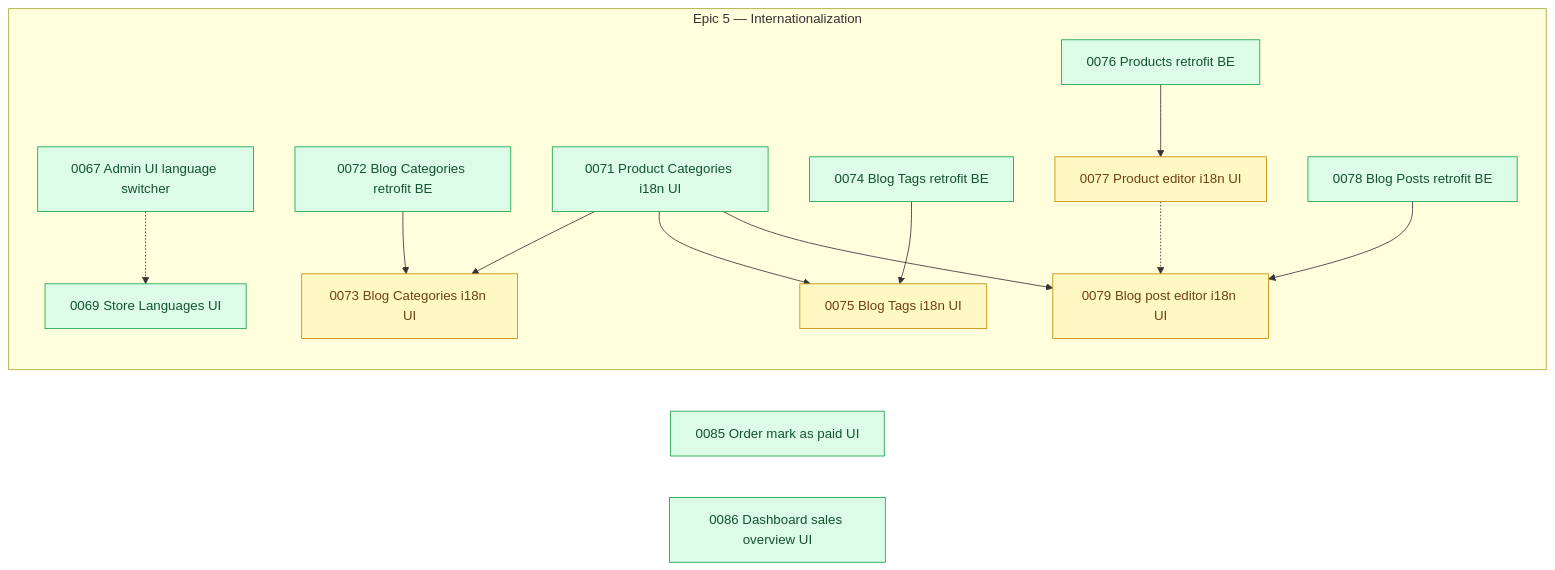
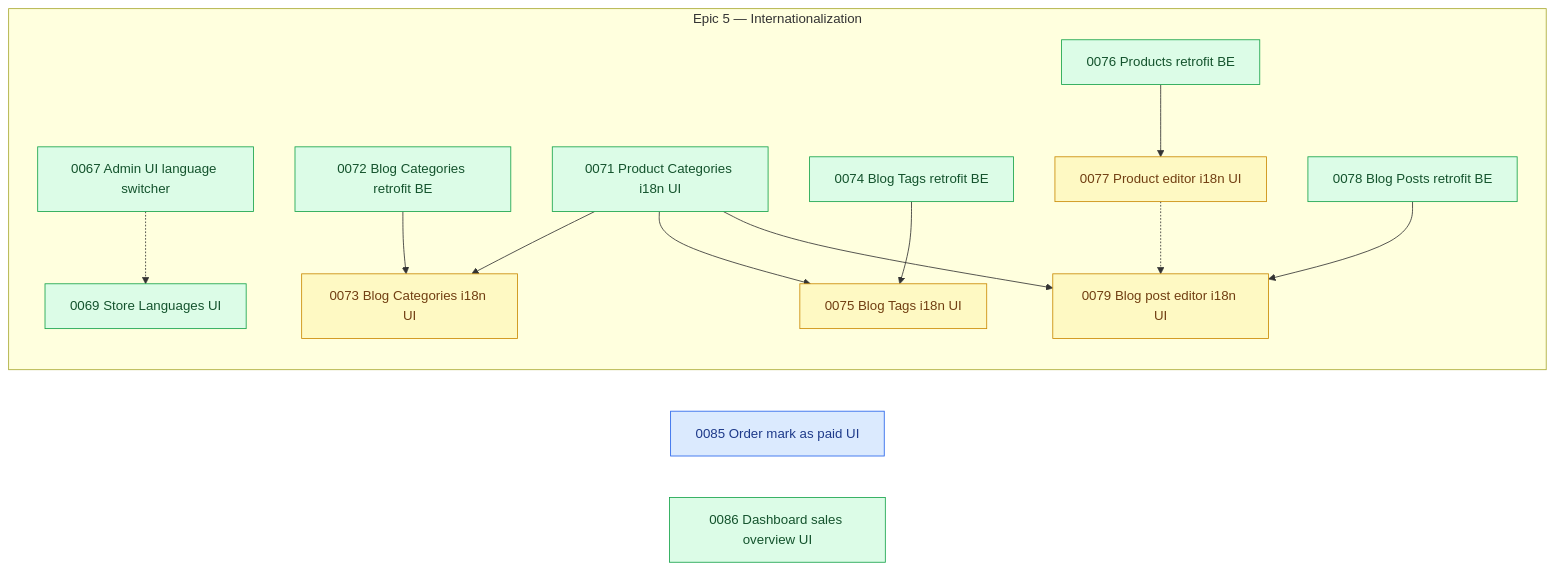
Before and after one commit to shojen/AI4Devs-finalproject: the diagram in arospe/ai-spec/tasks-map.md, drawn with Mermaid. The commit also changed other lines of this file and 6 other files, not shown here.

````diff
--- a/arospe/ai-spec/tasks-map.md
+++ b/arospe/ai-spec/tasks-map.md
@@ -597,6 +599,7 @@
     %% (P0083 -.-> P0085 and P0083 --> P0086 dropped: 0083 is done; 0086 is now ready.)
 
     class P0073,P0075,P0077,P0079 pending;
-    class P0067,P0069,P0071,P0072,P0074,P0076,P0078,P0085,P0086 ready;
+    class P0067,P0069,P0071,P0072,P0074,P0076,P0078,P0086 ready;
+    class P0085 claimed;
 
 ```
````
